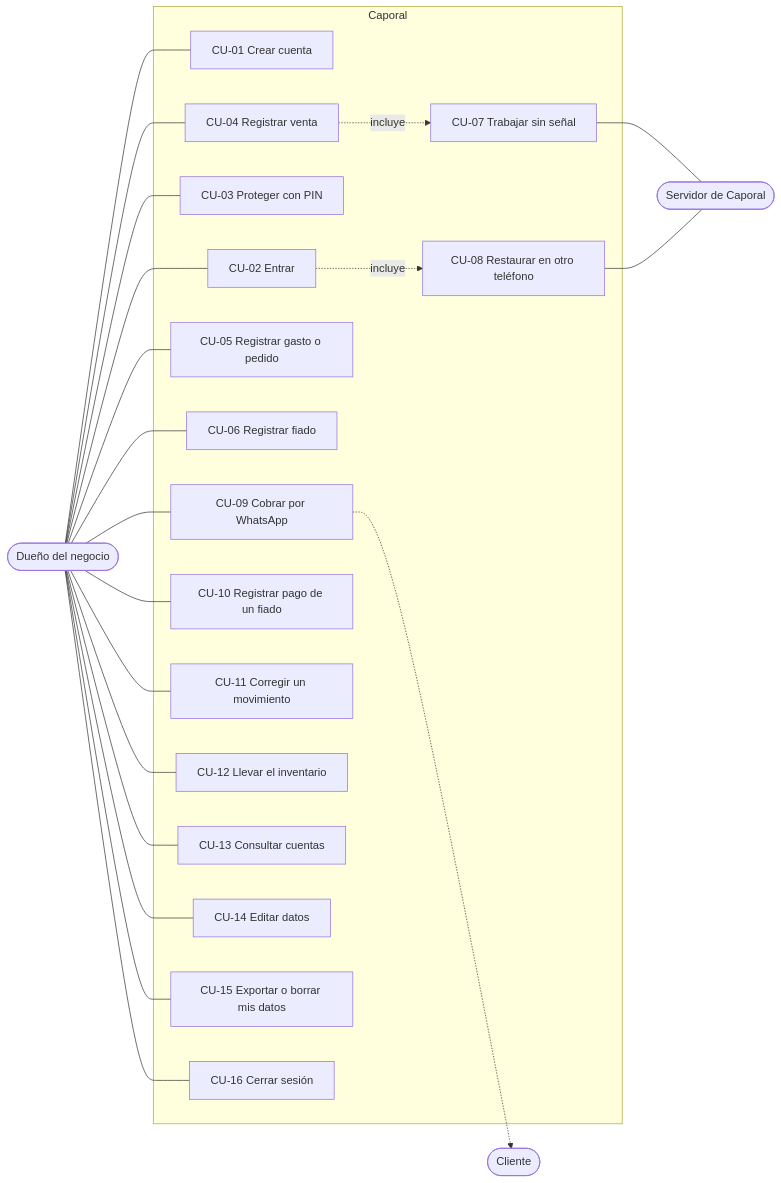
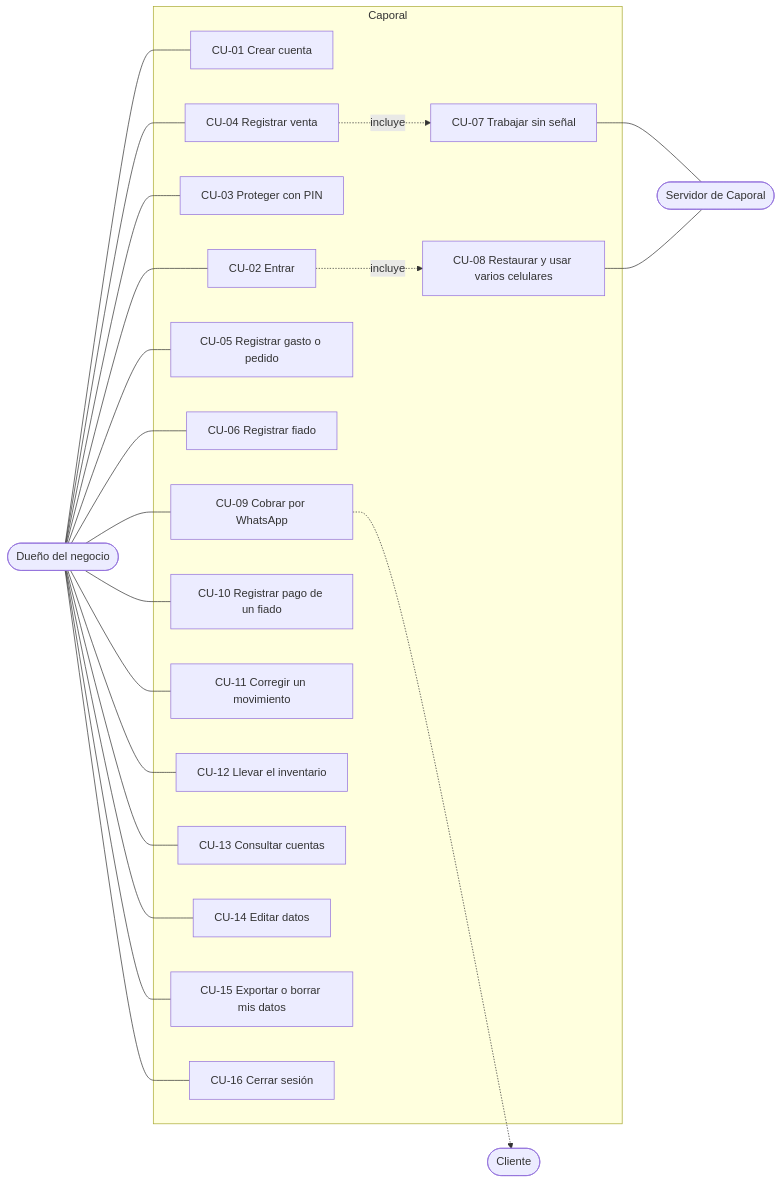
Before and after one commit to ricardomb-tech/caporal: the diagram in documentacion/03-casos-de-uso.md, drawn with Mermaid. The commit also changed other lines of this file and 15 other files, not shown here.

First line of the commit message:
Sincronizar varios celulares de la misma cuenta

````diff
--- a/documentacion/03-casos-de-uso.md
+++ b/documentacion/03-casos-de-uso.md
@@ -3,30 +3,30 @@
 ```mermaid
 flowchart LR
     D(["Dueño del negocio"])
     C(["Cliente"])
     S(["Servidor de Caporal"])
     subgraph Caporal
         CU01["CU-01 Crear cuenta"]
         CU02["CU-02 Entrar"]
         CU03["CU-03 Proteger con PIN"]
         CU04["CU-04 Registrar venta"]
         CU05["CU-05 Registrar gasto o pedido"]
         CU06["CU-06 Registrar fiado"]
         CU07["CU-07 Trabajar sin señal"]
-        CU08["CU-08 Restaurar en otro teléfono"]
+        CU08["CU-08 Restaurar y usar varios celulares"]
         CU09["CU-09 Cobrar por WhatsApp"]
         CU10["CU-10 Registrar pago de un fiado"]
         CU11["CU-11 Corregir un movimiento"]
         CU12["CU-12 Llevar el inventario"]
         CU13["CU-13 Consultar cuentas"]
         CU14["CU-14 Editar datos"]
         CU15["CU-15 Exportar o borrar mis datos"]
         CU16["CU-16 Cerrar sesión"]
     end
     D --- CU01 & CU02 & CU03 & CU04 & CU05 & CU06 & CU09 & CU10 & CU11 & CU12 & CU13 & CU14 & CU15 & CU16
     CU09 -.-> C
     CU07 --- S
     CU08 --- S
     CU04 -.->|incluye| CU07
     CU02 -.->|incluye| CU08
 ```
````
